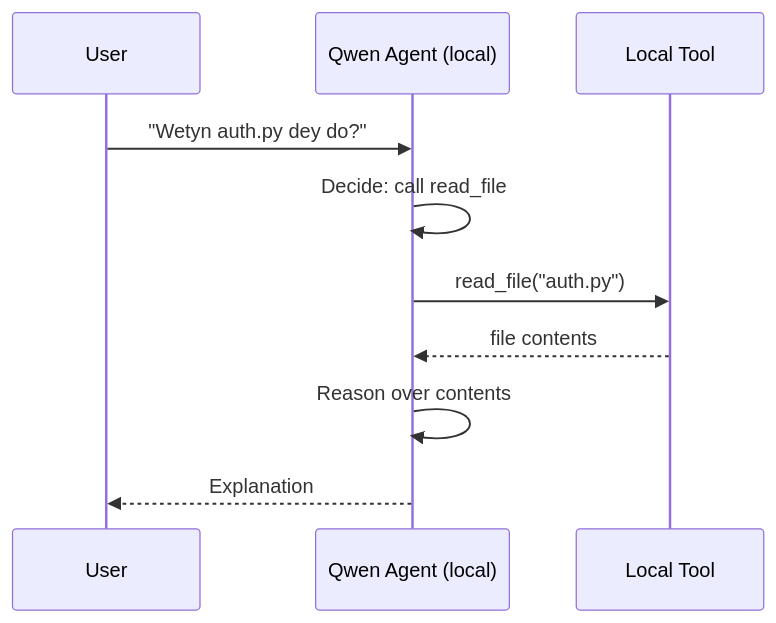
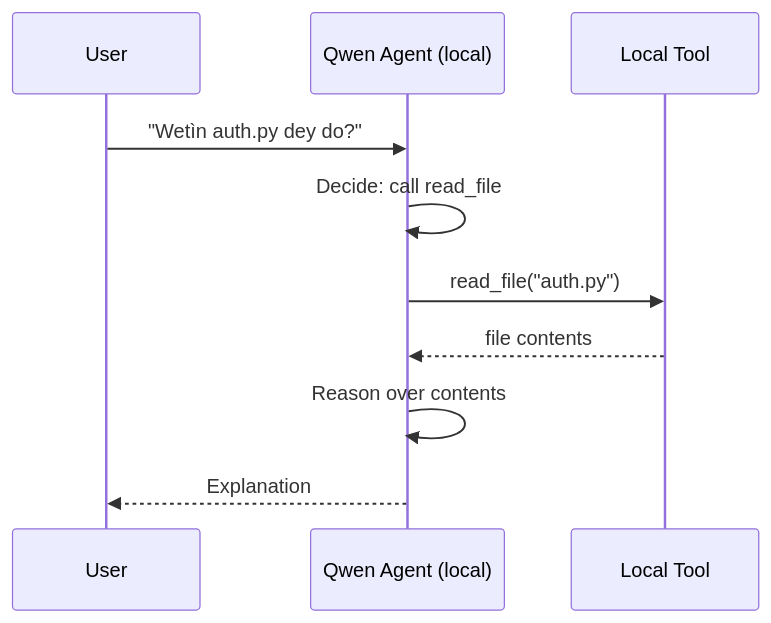
The second of 4 diagrams in translations/pcm/17-creating-local-ai-agents/README.md (microsoft/ai-agents-for-beginners), drawn with Mermaid before and after one commit. The commit also changed other lines of this file and 46 other files, not shown here.

````diff
--- a/translations/pcm/17-creating-local-ai-agents/README.md
+++ b/translations/pcm/17-creating-local-ai-agents/README.md
@@ -106,12 +106,12 @@
 ```mermaid
 sequenceDiagram
     participant U as User
     participant A as Qwen Agent (local)
     participant T as Local Tool
-    U->>A: "Wetyn auth.py dey do?"
+    U->>A: "Wetìn auth.py dey do?"
     A->>A: Decide: call read_file
     A->>T: read_file("auth.py")
     T-->>A: file contents
     A->>A: Reason over contents
     A-->>U: Explanation
 ```
````
